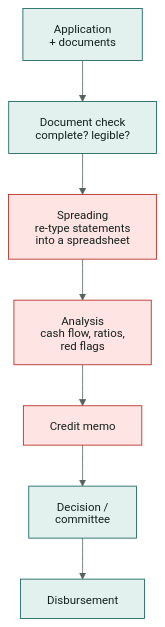
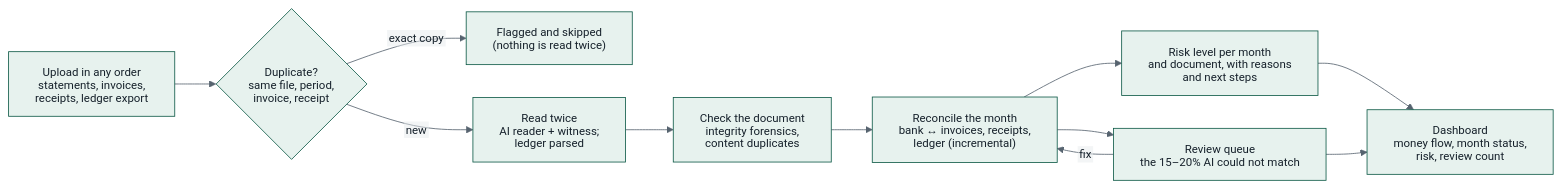
The diagram in docs/01a-concept-deep-dive.md (fadlytanjung/kredibel), drawn with Mermaid before and after one commit. The commit also changed other lines of this file and 245 other files, not shown here.

````diff
--- a/docs/01a-concept-deep-dive.md
+++ b/docs/01a-concept-deep-dive.md
@@ -29,13 +74,14 @@
 ```mermaid
-%%{init: {"theme": "base", "themeVariables": {"fontFamily": "Arial, Helvetica, sans-serif", "fontSize": "14px", "primaryColor": "#E3F1EE", "primaryBorderColor": "#0F5E56", "primaryTextColor": "#14201C", "lineColor": "#55625D", "secondaryColor": "#F0F2EF", "tertiaryColor": "#FFFFFF", "clusterBkg": "#F7F8F6", "clusterBorder": "#B8BFB9", "noteBkgColor": "#FEF0C7", "noteTextColor": "#14201C"}, "htmlLabels": false, "flowchart": {"htmlLabels": false, "padding": 16, "nodeSpacing": 40, "rankSpacing": 50, "wrappingWidth": 220}, "sequence": {"wrap": true, "useMaxWidth": true, "noteFontFamily": "Arial, Helvetica, sans-serif", "messageFontFamily": "Arial, Helvetica, sans-serif", "actorFontFamily": "Arial, Helvetica, sans-serif"}}}%%
-flowchart TB
-    a["Application<br/>+ documents"] --> b["Document check<br/>complete? legible?"]
-    b --> c["Spreading<br/>re-type statements<br/>into a spreadsheet"]
-    c --> d["Analysis<br/>cash flow, ratios,<br/>red flags"]
-    d --> e["Credit memo"]
-    e --> f["Decision /<br/>committee"]
-    f --> g["Disbursement"]
-
-    classDef pain fill:#FEE4E2,stroke:#B42318,color:#14201C
-    class c,d,e pain
+%%{init: {"theme": "base", "themeVariables": {"fontFamily": "Arial, Helvetica, sans-serif", "fontSize": "14px", "primaryColor": "#E7F2EE", "primaryBorderColor": "#0E5A47", "primaryTextColor": "#16212B", "lineColor": "#56636F", "secondaryColor": "#E8ECEE", "tertiaryColor": "#FFFFFF", "clusterBkg": "#F2F4F5", "clusterBorder": "#B9C2CA", "noteBkgColor": "#FFF5D6", "noteTextColor": "#16212B"}, "htmlLabels": false, "flowchart": {"htmlLabels": false, "padding": 16, "nodeSpacing": 40, "rankSpacing": 50, "wrappingWidth": 220}, "sequence": {"wrap": true, "useMaxWidth": true, "noteFontFamily": "Arial, Helvetica, sans-serif", "messageFontFamily": "Arial, Helvetica, sans-serif", "actorFontFamily": "Arial, Helvetica, sans-serif"}}}%%
+flowchart LR
+    U["Upload in any order<br/>statements, invoices,<br/>receipts, ledger export"] --> D{"Duplicate?<br/>same file, period,<br/>invoice, receipt"}
+    D -- "exact copy" --> X["Flagged and skipped<br/>(nothing is read twice)"]
+    D -- "new" --> R["Read twice<br/>AI reader + witness;<br/>ledger parsed"]
+    R --> C["Check the document<br/>integrity forensics,<br/>content duplicates"]
+    C --> M["Reconcile the month<br/>bank ↔ invoices, receipts,<br/>ledger (incremental)"]
+    M --> K["Risk level per month<br/>and document, with reasons<br/>and next steps"]
+    M --> Q["Review queue<br/>the 15–20% AI could not match"]
+    Q -- "fix" --> M
+    K --> B["Dashboard<br/>money flow, month status,<br/>risk, review count"]
+    Q --> B
 ```
````
